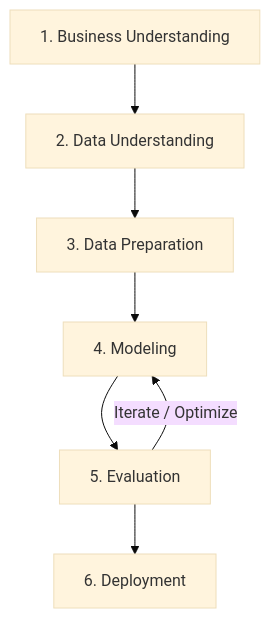
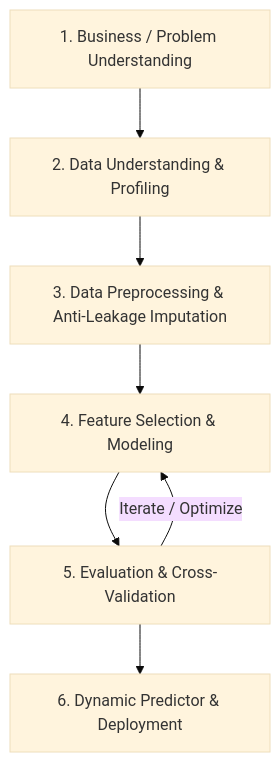
The diagram in README.md (Augustine-723/50-Starup), drawn with Mermaid (base theme) before and after one commit. The commit also changed other lines of this file and 9 other files, not shown here.

````diff
--- a/README.md
+++ b/README.md
@@ -76,9 +125,9 @@
 ```mermaid
 graph TD
-    A[1. Business Understanding] --> B[2. Data Understanding]
-    B --> C[3. Data Preparation]
-    C --> D[4. Modeling]
-    D --> E[5. Evaluation]
-    E --> F[6. Deployment]
+    A[1. Business / Problem Understanding] --> B[2. Data Understanding & Profiling]
+    B --> C[3. Data Preprocessing & Anti-Leakage Imputation]
+    C --> D[4. Feature Selection & Modeling]
+    D --> E[5. Evaluation & Cross-Validation]
+    E --> F[6. Dynamic Predictor & Deployment]
     E -->|Iterate / Optimize| D
 ```
````
